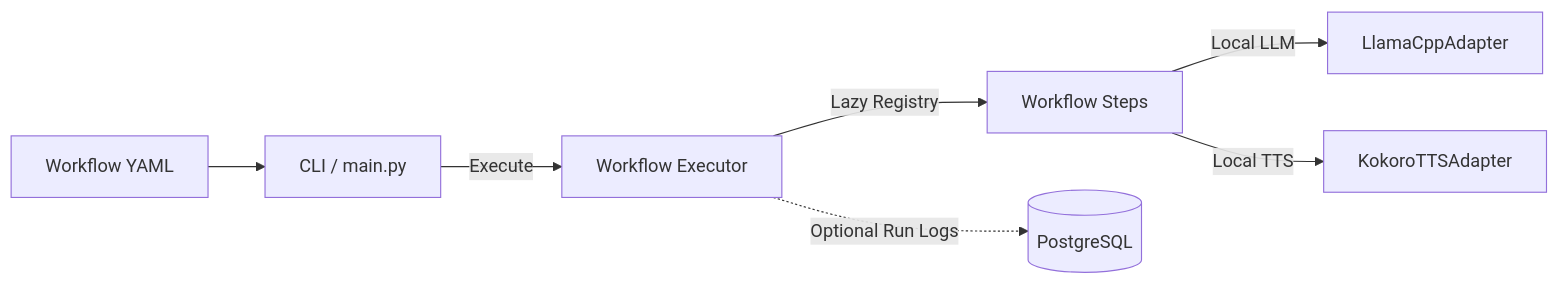
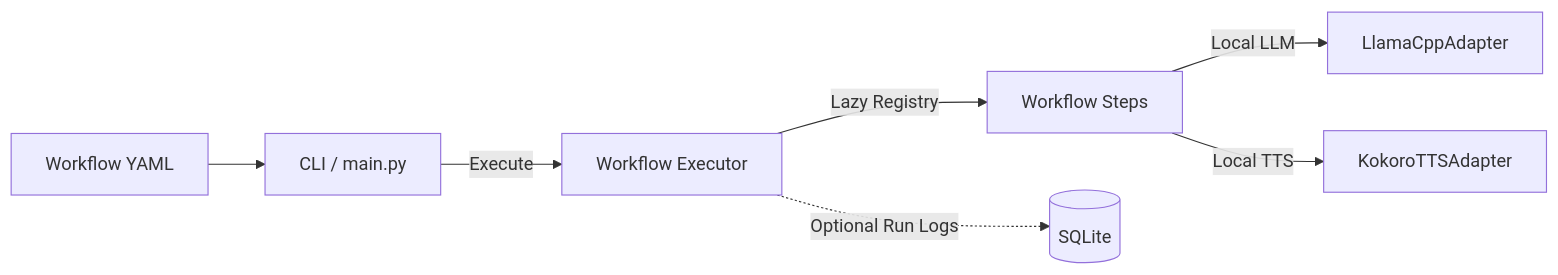
The diagram in README.md (Ananay28425/Kokoro-AI-Workflow-Engine), drawn with Mermaid before and after one commit. The commit also changed other lines of this file and 5 other files, not shown here.

Commit message:
Migrate database persistence from PostgreSQL to SQLite

````diff
--- a/README.md
+++ b/README.md
@@ -17,9 +17,9 @@
 ```mermaid
 flowchart LR
     YAML[Workflow YAML] --> CLI[CLI / main.py]
     CLI -->|Execute| Executor[Workflow Executor]
     Executor -->|Lazy Registry| Steps[Workflow Steps]
     Steps -->|Local LLM| Llama[LlamaCppAdapter]
     Steps -->|Local TTS| Kokoro[KokoroTTSAdapter]
-    Executor -.->|Optional Run Logs| DB[(PostgreSQL)]
+    Executor -.->|Optional Run Logs| DB[(SQLite)]
 ```
````
